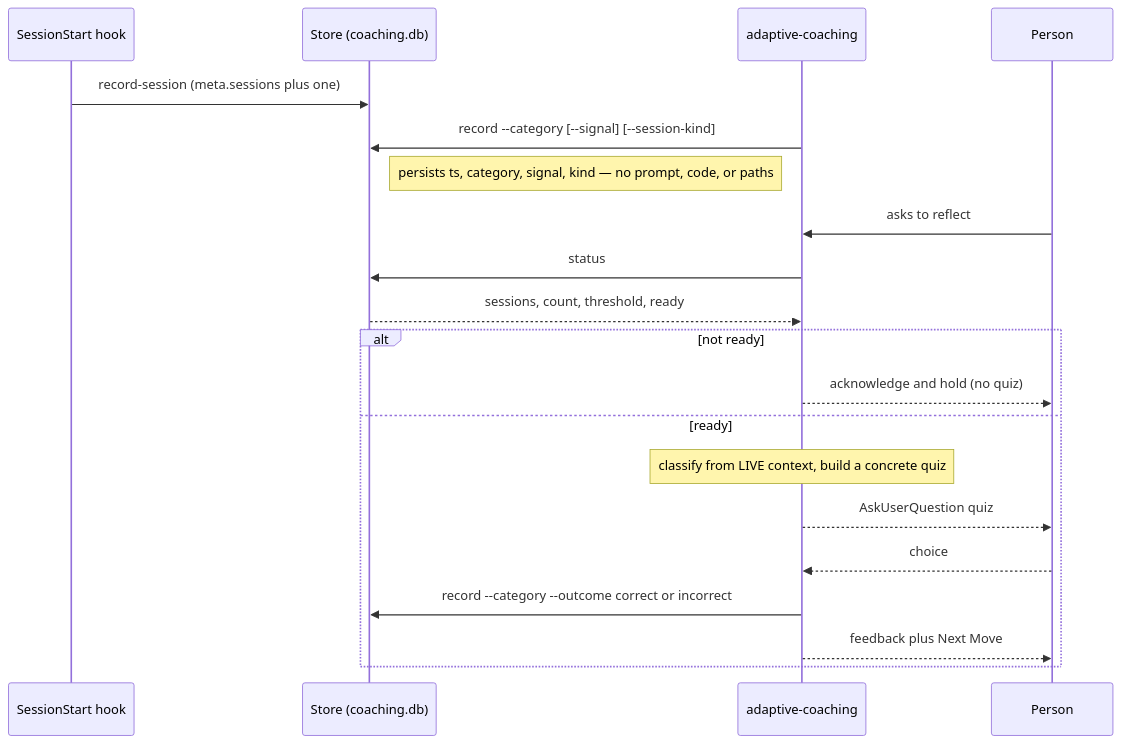
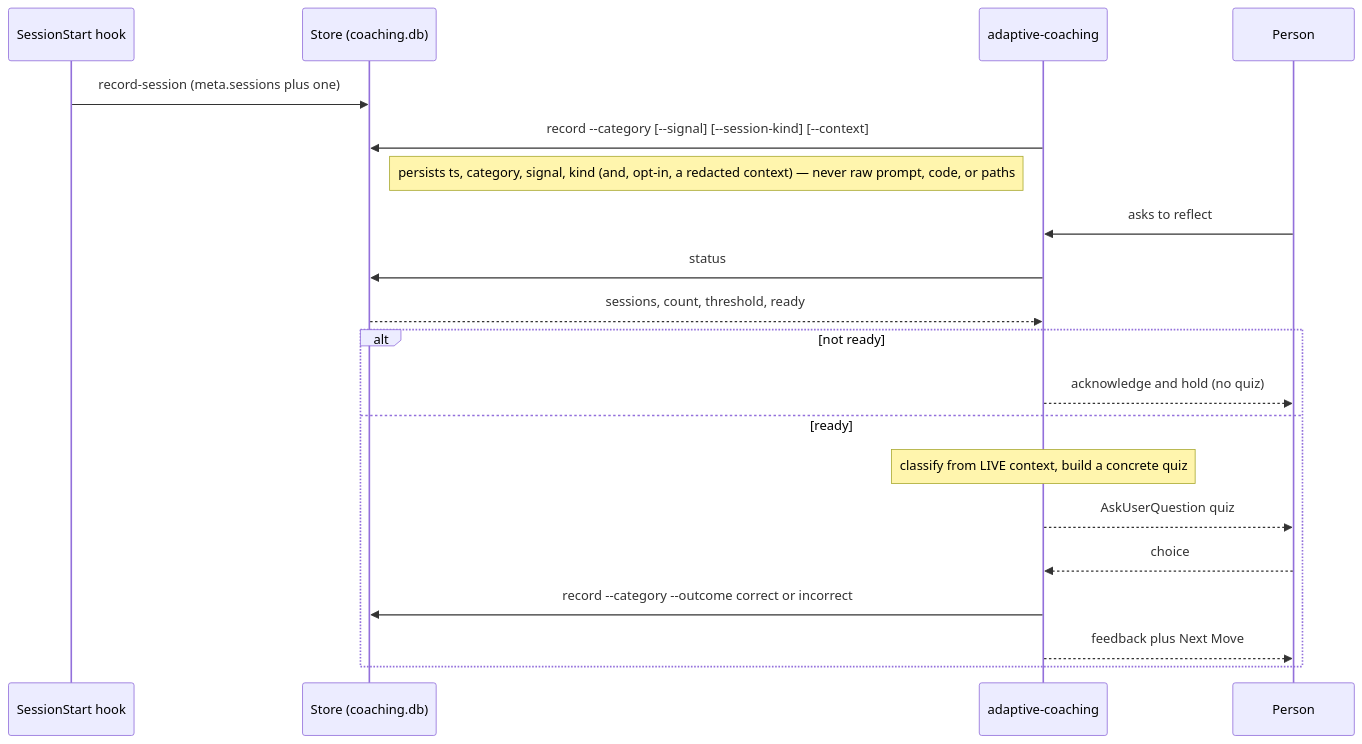
One commit to tvna/clairvoyance changed the second of 2 diagrams in docs/hooks.md. Above: the diagram before and after it, drawn with Mermaid. The commit also changed other lines of this file and 4 other files, not shown here.

````diff
--- a/docs/hooks.md
+++ b/docs/hooks.md
@@ -76,22 +84,22 @@
 ```mermaid
 sequenceDiagram
     participant H as SessionStart hook
     participant S as Store (coaching.db)
     participant A as adaptive-coaching
     participant P as Person
     H->>S: record-session (meta.sessions plus one)
-    A->>S: record --category [--signal] [--session-kind]
-    Note right of S: persists ts, category, signal, kind — no prompt, code, or paths
+    A->>S: record --category [--signal] [--session-kind] [--context]
+    Note right of S: persists ts, category, signal, kind (and, opt-in, a redacted context) — never raw prompt, code, or paths
     P->>A: asks to reflect
     A->>S: status
     S-->>A: sessions, count, threshold, ready
     alt not ready
         A-->>P: acknowledge and hold (no quiz)
     else ready
         Note over A: classify from LIVE context, build a concrete quiz
         A-->>P: AskUserQuestion quiz
         P-->>A: choice
         A->>S: record --category --outcome correct or incorrect
         A-->>P: feedback plus Next Move
     end
 ```
````
